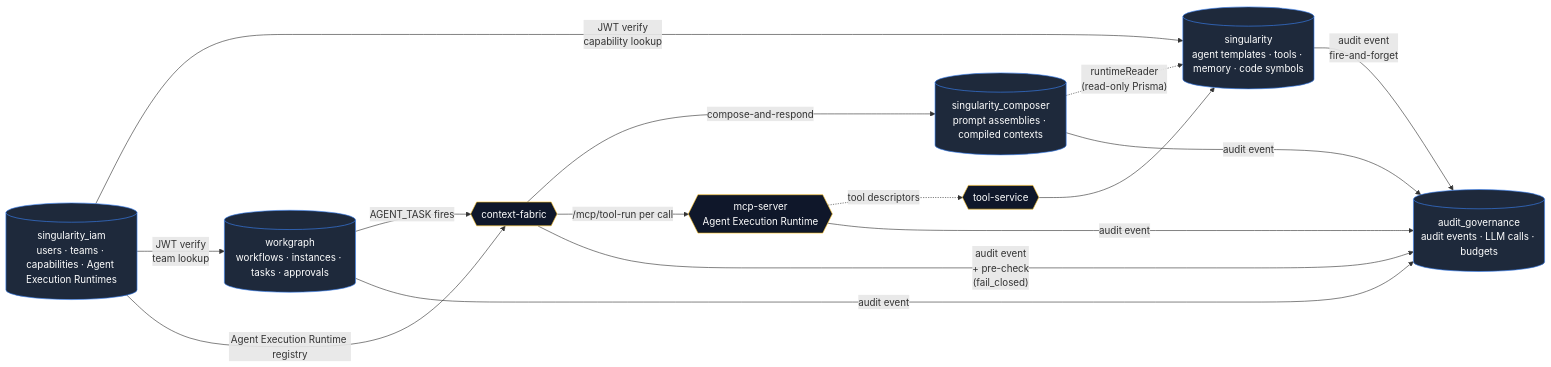
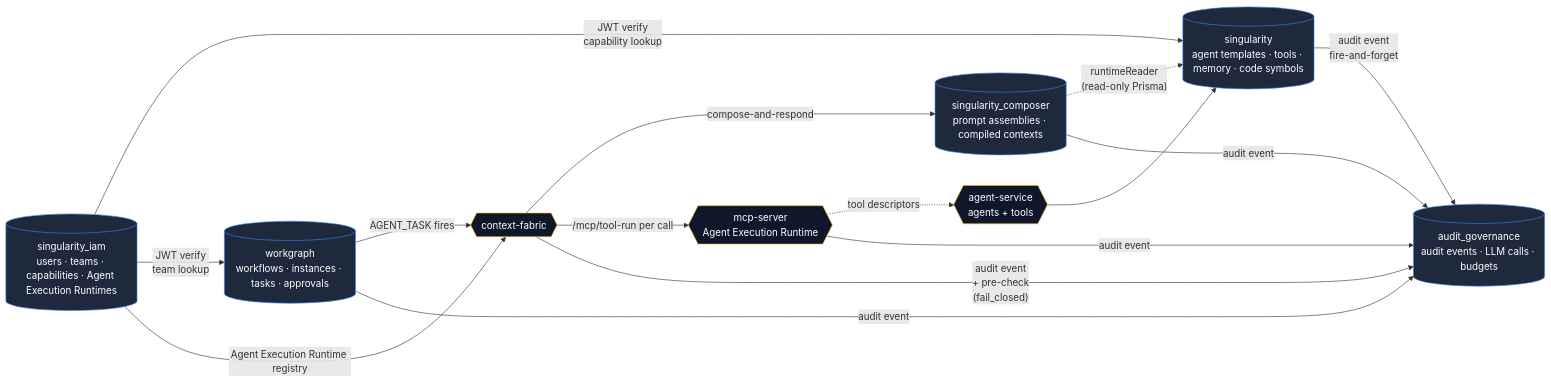
One commit to ashokraj2011/singularity-platform changed the diagram in docs/data-model/00-platform-overview.md. Above: the diagram before and after it, drawn with Mermaid. The commit also changed other lines of this file and 16 other files, not shown here.

````diff
--- a/docs/data-model/00-platform-overview.md
+++ b/docs/data-model/00-platform-overview.md
@@ -19,31 +19,31 @@
 ```mermaid
 flowchart LR
   IAM[(singularity_iam<br/>users · teams · capabilities · Agent Execution Runtimes)]
   AT[(singularity<br/>agent templates · tools · memory · code symbols)]
   PC[(singularity_composer<br/>prompt assemblies · compiled contexts)]
   WG[(workgraph<br/>workflows · instances · tasks · approvals)]
   AG[(audit_governance<br/>audit events · LLM calls · budgets)]
 
   IAM -- "JWT verify<br/>capability lookup" --> AT
   IAM -- "JWT verify<br/>team lookup" --> WG
   IAM -- "Agent Execution Runtime registry" --> CF{{context-fabric}}
 
   WG -- "AGENT_TASK fires" --> CF
   CF -- "compose-and-respond" --> PC
   PC -. "runtimeReader<br/>(read-only Prisma)" .-> AT
   CF -- "/mcp/tool-run per call" --> AER{{mcp-server<br/>Agent Execution Runtime}}
 
-  AER -. "tool descriptors" .-> TS{{tool-service}}
-  TS --> AT
+  AER -. "tool descriptors" .-> AS{{agent-service<br/>agents + tools}}
+  AS --> AT
 
   AT -- "audit event<br/>fire-and-forget" --> AG
   PC -- "audit event" --> AG
   WG -- "audit event" --> AG
   AER -- "audit event" --> AG
   CF -- "audit event<br/>+ pre-check<br/>(fail_closed)" --> AG
 
   classDef db fill:#1e293b,stroke:#3b82f6,color:#fff
   classDef svc fill:#0f172a,stroke:#fbbf24,color:#fff
   class IAM,AT,PC,WG,AG db
-  class CF,AER,TS svc
+  class CF,AER,AS svc
 ```
````
